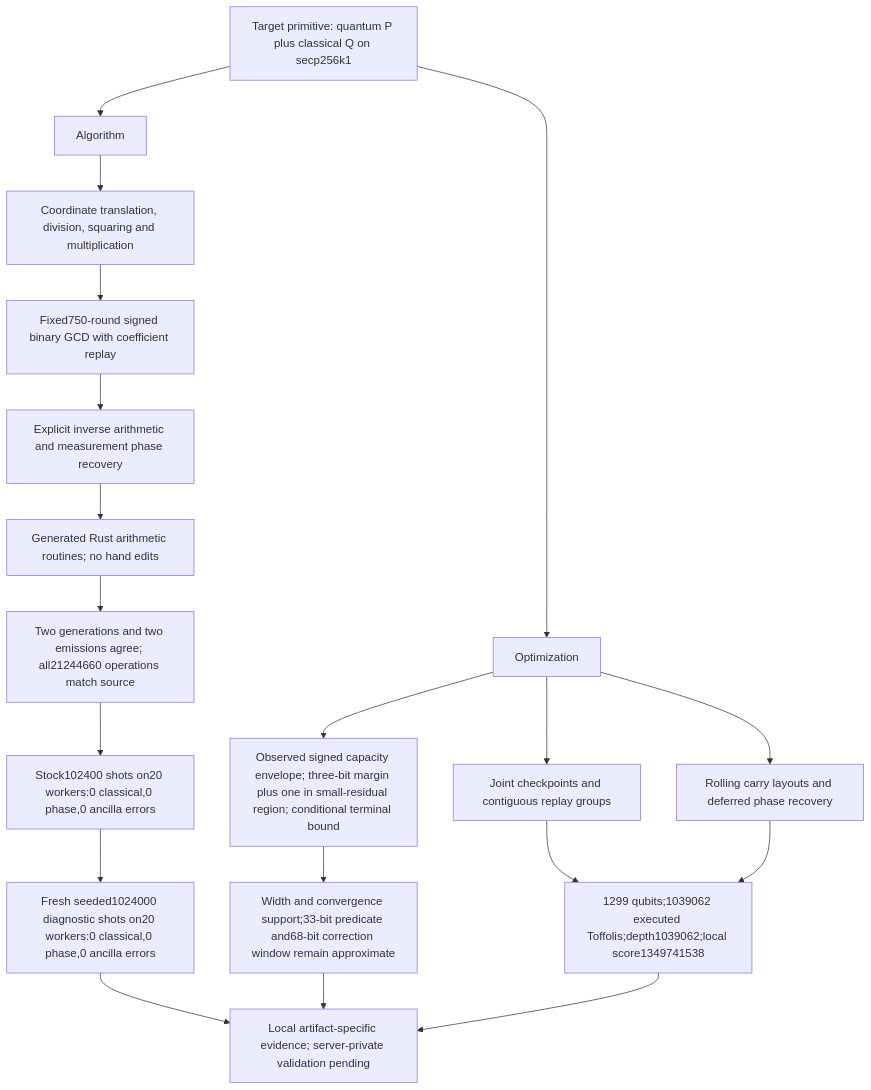
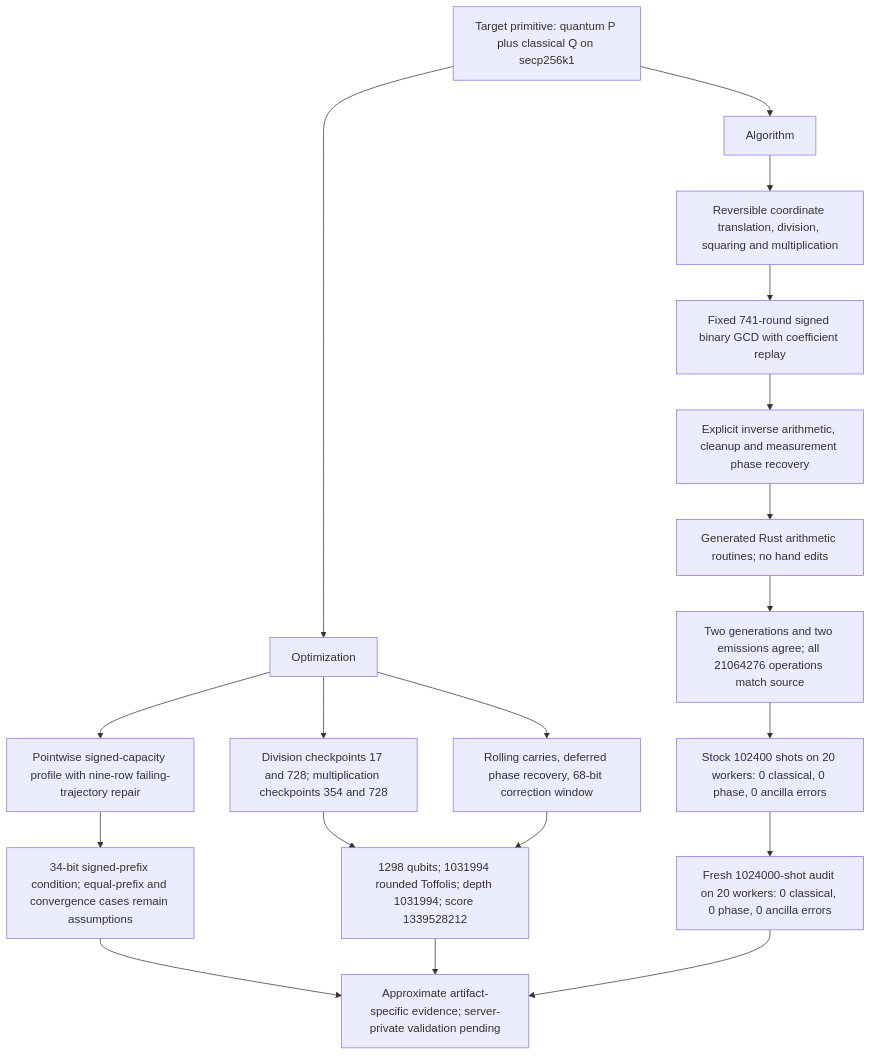
One commit to ecdlp-contest/ecdlp-point-add changed the diagram in src/point_add/architecture.mmd. Above: the diagram before and after it, drawn with Mermaid. The commit also changed 2 other files, not shown here.

```diff
--- a/src/point_add/architecture.mmd
+++ b/src/point_add/architecture.mmd
@@ -1,22 +1,22 @@
 flowchart TD
   Target["Target primitive: quantum P plus classical Q on secp256k1"]
   Algorithm["Algorithm"]
   Optimization["Optimization"]
   Target --> Algorithm
   Target --> Optimization
-  Algorithm --> Affine["Coordinate translation, division, squaring and multiplication"]
-  Affine --> GCD["Fixed750-round signed binary GCD with coefficient replay"]
-  GCD --> Clean["Explicit inverse arithmetic and measurement phase recovery"]
-  Optimization --> Width["Observed signed capacity envelope; three-bit margin plus one in small-residual region; conditional terminal bound"]
-  Optimization --> Replay["Joint checkpoints and contiguous replay groups"]
-  Optimization --> Carry["Rolling carry layouts and deferred phase recovery"]
-  Width --> Assumptions["Width and convergence support;33-bit predicate and68-bit correction window remain approximate"]
-  Replay --> Metrics["1299 qubits;1039062 executed Toffolis;depth1039062;local score1349741538"]
+  Algorithm --> Affine["Reversible coordinate translation, division, squaring and multiplication"]
+  Affine --> GCD["Fixed 741-round signed binary GCD with coefficient replay"]
+  GCD --> Clean["Explicit inverse arithmetic, cleanup and measurement phase recovery"]
+  Optimization --> Width["Pointwise signed-capacity profile with nine-row failing-trajectory repair"]
+  Optimization --> Replay["Division checkpoints 17 and 728; multiplication checkpoints 354 and 728"]
+  Optimization --> Carry["Rolling carries, deferred phase recovery, 68-bit correction window"]
+  Width --> Prefix["34-bit signed-prefix condition; equal-prefix and convergence cases remain assumptions"]
+  Replay --> Metrics["1298 qubits; 1031994 rounded Toffolis; depth 1031994; score 1339528212"]
   Carry --> Metrics
   Clean --> Builder["Generated Rust arithmetic routines; no hand edits"]
-  Builder --> Binding["Two generations and two emissions agree; all21244660 operations match source"]
-  Binding --> Stock["Stock102400 shots on20 workers:0 classical,0 phase,0 ancilla errors"]
-  Stock --> Deep["Fresh seeded1024000 diagnostic shots on20 workers:0 classical,0 phase,0 ancilla errors"]
-  Metrics --> Scope["Local artifact-specific evidence; server-private validation pending"]
+  Builder --> Binding["Two generations and two emissions agree; all 21064276 operations match source"]
+  Binding --> Stock["Stock 102400 shots on 20 workers: 0 classical, 0 phase, 0 ancilla errors"]
+  Stock --> Deep["Fresh 1024000-shot audit on 20 workers: 0 classical, 0 phase, 0 ancilla errors"]
+  Prefix --> Scope["Approximate artifact-specific evidence; server-private validation pending"]
+  Metrics --> Scope
   Deep --> Scope
-  Assumptions --> Scope
```
